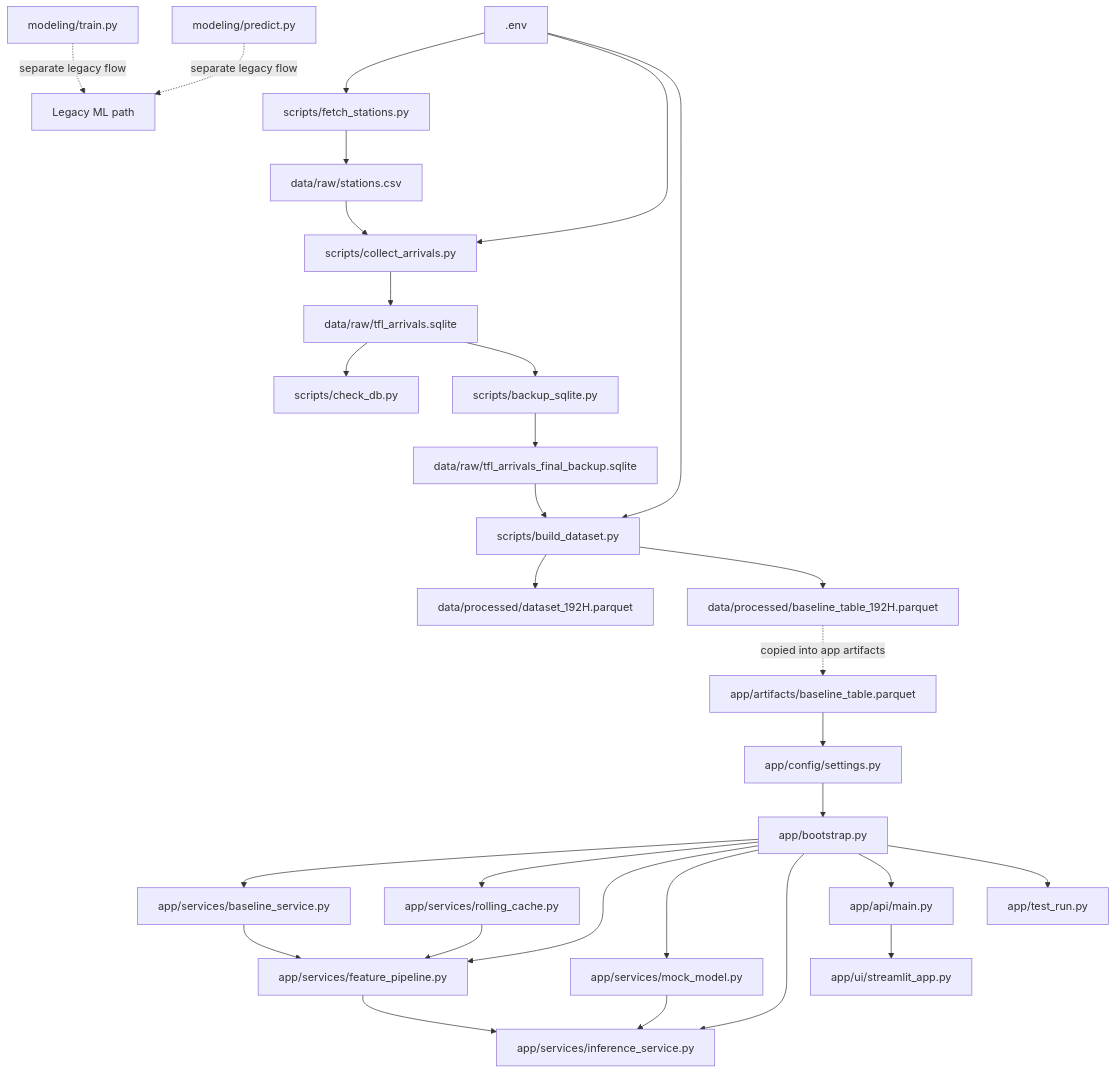
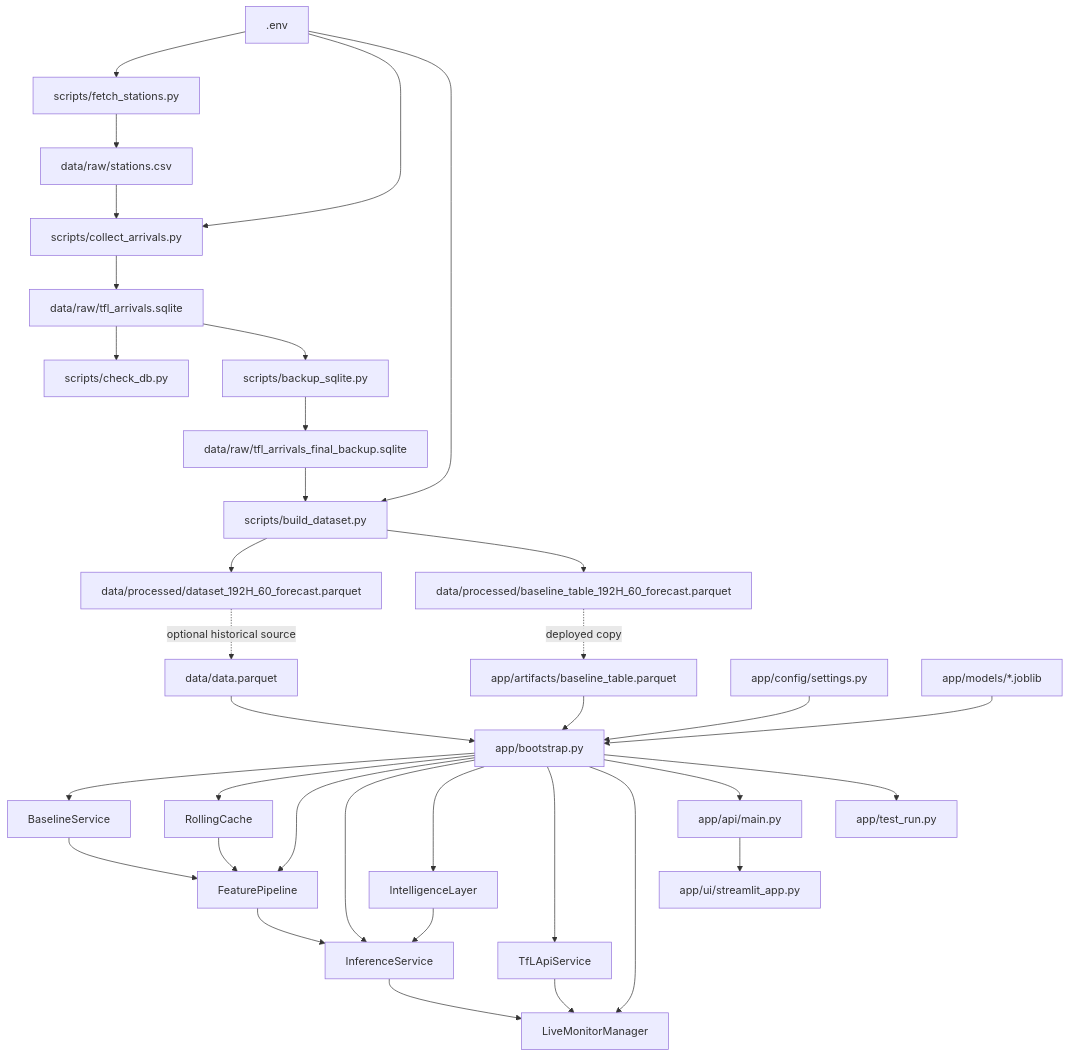
The first of 2 diagrams in docs/file_dependency_map.md (itsMayankVashistha/delaysense-transit-intelligence), drawn with Mermaid before and after one commit. The commit also changed other lines of this file, not shown here.

````diff
--- a/docs/file_dependency_map.md
+++ b/docs/file_dependency_map.md
@@ -15,43 +15,47 @@
 ```mermaid
 flowchart TD
     ENV[.env] --> FS[scripts/fetch_stations.py]
     ENV --> CA[scripts/collect_arrivals.py]
     ENV --> BD[scripts/build_dataset.py]
 
     FS --> ST[data/raw/stations.csv]
     ST --> CA
 
     CA --> RAW[data/raw/tfl_arrivals.sqlite]
     RAW --> CHECK[scripts/check_db.py]
     RAW --> BACKUP[scripts/backup_sqlite.py]
 
     BACKUP --> SNAP[data/raw/tfl_arrivals_final_backup.sqlite]
     SNAP --> BD
 
-    BD --> DATASET[data/processed/dataset_192H.parquet]
-    BD --> BASEPROC[data/processed/baseline_table_192H.parquet]
+    BD --> DS[data/processed/dataset_192H_60_forecast.parquet]
+    BD --> BL[data/processed/baseline_table_192H_60_forecast.parquet]
 
-    BASEPROC -. copied into app artifacts .-> BASEAPP[app/artifacts/baseline_table.parquet]
+    BL -. deployed copy .-> BASEAPP[app/artifacts/baseline_table.parquet]
+    DS -. optional historical source .-> HIST[data/data.parquet]
 
-    BASEAPP --> SETTINGS[app/config/settings.py]
-    SETTINGS --> BOOT[app/bootstrap.py]
+    SETTINGS[app/config/settings.py] --> BOOT[app/bootstrap.py]
+    BASEAPP --> BOOT
+    HIST --> BOOT
+    MODELS[app/models/*.joblib] --> BOOT
 
-    BOOT --> BS[app/services/baseline_service.py]
-    BOOT --> RC[app/services/rolling_cache.py]
-    BOOT --> FP[app/services/feature_pipeline.py]
-    BOOT --> MM[app/services/mock_model.py]
-    BOOT --> INF[app/services/inference_service.py]
+    BOOT --> BASE[BaselineService]
+    BOOT --> ROLL[RollingCache]
+    BOOT --> PIPE[FeaturePipeline]
+    BOOT --> INF[InferenceService]
+    BOOT --> INTEL[IntelligenceLayer]
+    BOOT --> TFL[TfLApiService]
+    BOOT --> LIVE[LiveMonitorManager]
 
-    BS --> FP
-    RC --> FP
-    FP --> INF
-    MM --> INF
+    BASE --> PIPE
+    ROLL --> PIPE
+    PIPE --> INF
+    INTEL --> INF
+    TFL --> LIVE
+    INF --> LIVE
 
     BOOT --> API[app/api/main.py]
     BOOT --> TEST[app/test_run.py]
 
     API --> UI[app/ui/streamlit_app.py]
-
-    TRAIN[modeling/train.py] -. separate legacy flow .-> LEGACY[Legacy ML path]
-    PRED[modeling/predict.py] -. separate legacy flow .-> LEGACY
 ```
````
